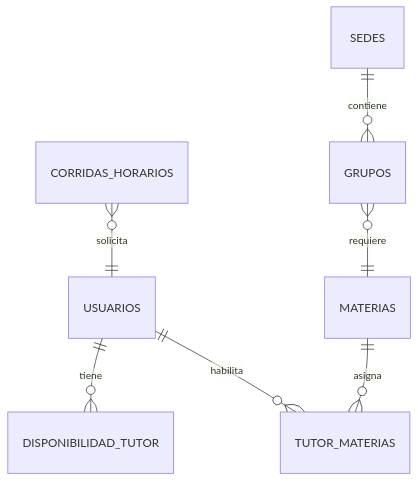
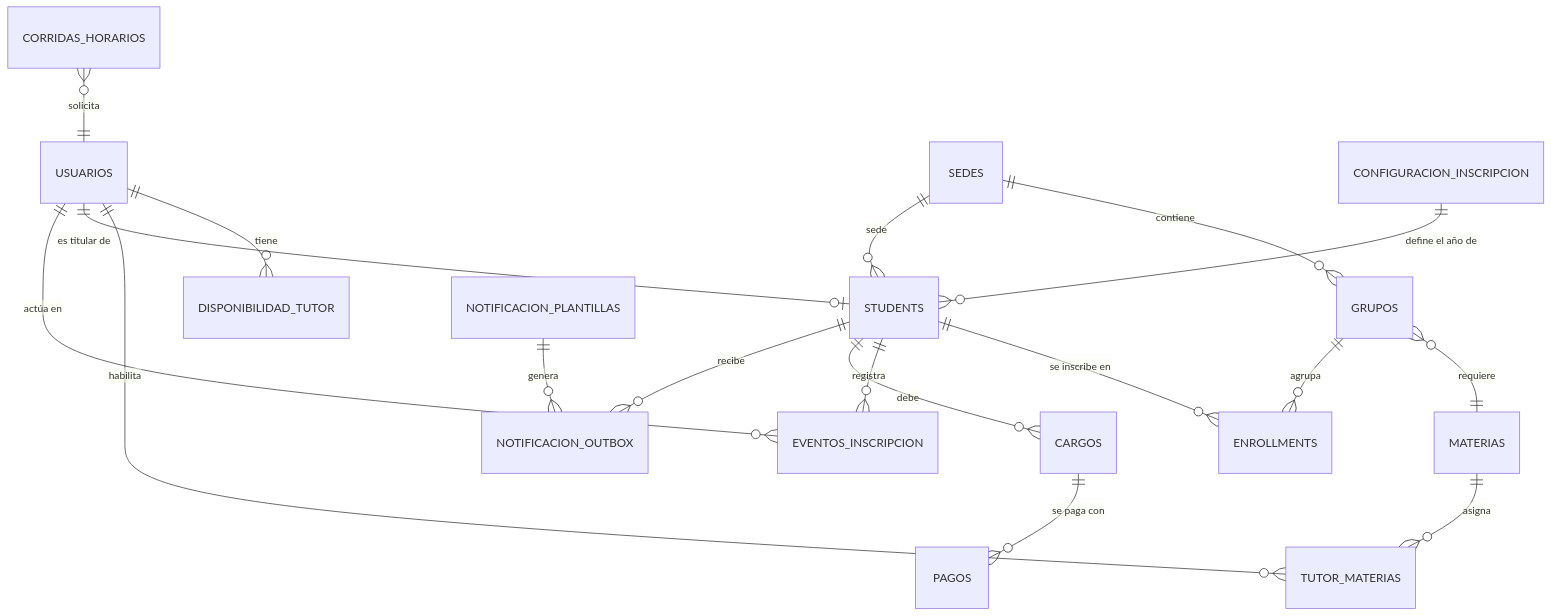
The diagram in docs/02-modelo-datos.md (dantecc10/cuep), drawn with Mermaid before and after one commit. The commit also changed other lines of this file and 18 other files, not shown here.

````diff
--- a/docs/02-modelo-datos.md
+++ b/docs/02-modelo-datos.md
@@ -5,9 +5,22 @@
 ```mermaid
 erDiagram
   USUARIOS ||--o{ DISPONIBILIDAD_TUTOR : tiene
   USUARIOS ||--o{ TUTOR_MATERIAS : habilita
   MATERIAS ||--o{ TUTOR_MATERIAS : asigna
   CORRIDAS_HORARIOS }o--|| USUARIOS : solicita
   SEDES ||--o{ GRUPOS : contiene
   GRUPOS }o--|| MATERIAS : requiere
+
+  USUARIOS ||--o| STUDENTS : "es titular de"
+  SEDES ||--o{ STUDENTS : sede
+  STUDENTS ||--o{ ENROLLMENTS : "se inscribe en"
+  GRUPOS ||--o{ ENROLLMENTS : agrupa
+
+  STUDENTS ||--o{ EVENTOS_INSCRIPCION : "registra"
+  USUARIOS ||--o{ EVENTOS_INSCRIPCION : "actúa en"
+  STUDENTS ||--o{ CARGOS : debe
+  CARGOS ||--o{ PAGOS : "se paga con"
+  STUDENTS ||--o{ NOTIFICACION_OUTBOX : "recibe"
+  NOTIFICACION_PLANTILLAS ||--o{ NOTIFICACION_OUTBOX : genera
+  CONFIGURACION_INSCRIPCION ||--o{ STUDENTS : "define el año de"
 ```
````
